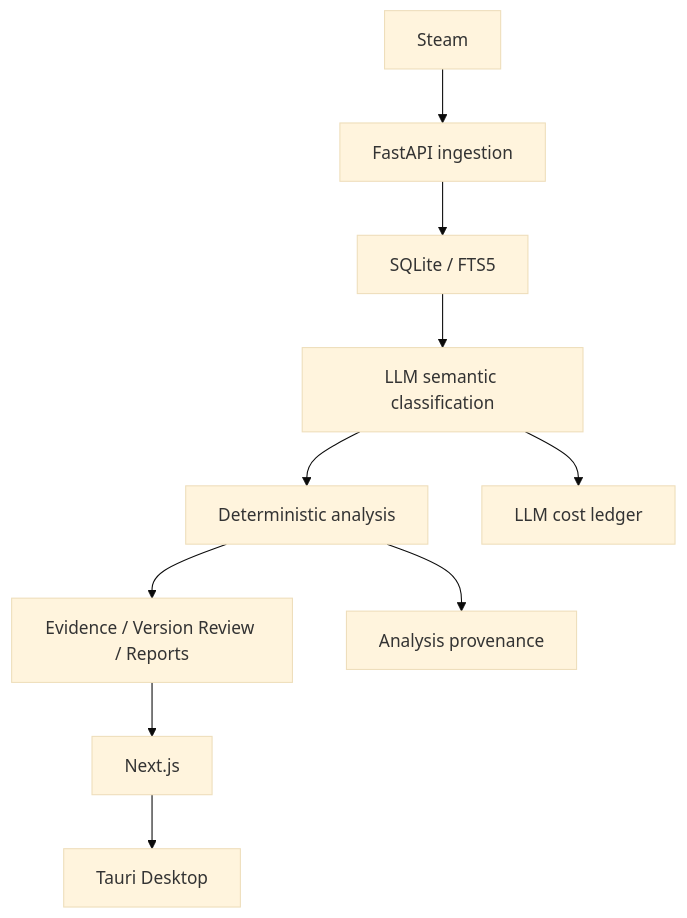
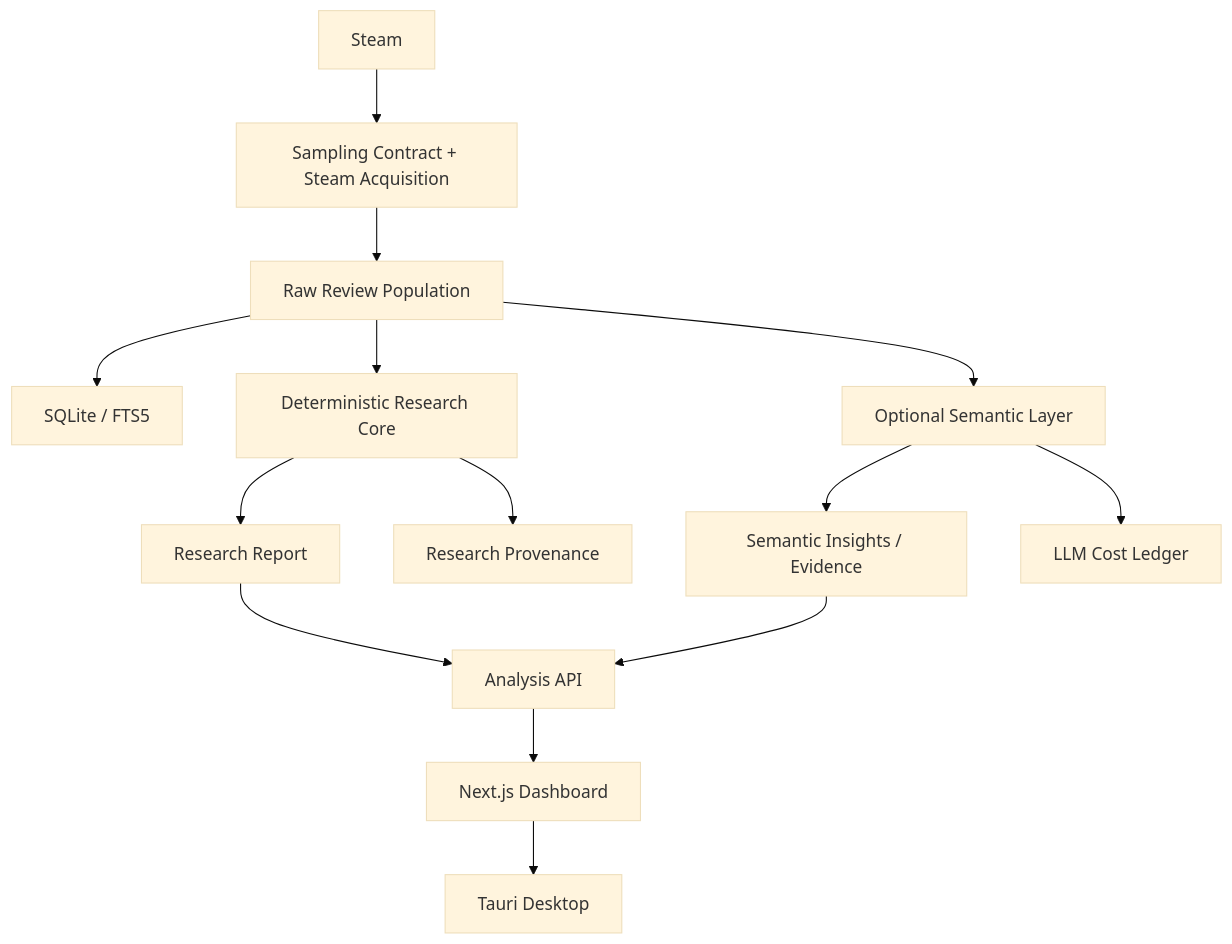
The diagram in README.md (acetaffyace/STRA_V2), drawn with Mermaid (base theme) before and after one commit. The commit also changed other lines of this file and 3 other files, not shown here.

Commit message:
docs: seal deterministic research core

````diff
--- a/README.md
+++ b/README.md
@@ -60,12 +89,16 @@
 ```mermaid
 flowchart TD
-  Steam --> Ingest[FastAPI ingestion]
-  Ingest --> DB[SQLite / FTS5]
-  DB --> LLM[LLM semantic classification]
-  LLM --> Metrics[Deterministic analysis]
-  Metrics --> Outputs[Evidence / Version Review / Reports]
-  Outputs --> Next[Next.js]
-  Next --> Tauri[Tauri Desktop]
-  LLM --> Ledger[LLM cost ledger]
-  Metrics --> Provenance[Analysis provenance]
+  Steam --> Acquisition[Sampling Contract + Steam Acquisition]
+  Acquisition --> Raw[Raw Review Population]
+  Raw --> DB[SQLite / FTS5]
+  Raw --> Research[Deterministic Research Core]
+  Research --> Report[Research Report]
+  Raw --> Semantic[Optional Semantic Layer]
+  Semantic --> Insights[Semantic Insights / Evidence]
+  Report --> API[Analysis API]
+  Insights --> API
+  API --> Dashboard[Next.js Dashboard]
+  Dashboard --> Tauri[Tauri Desktop]
+  Semantic --> Ledger[LLM Cost Ledger]
+  Research --> Provenance[Research Provenance]
 ```
````
